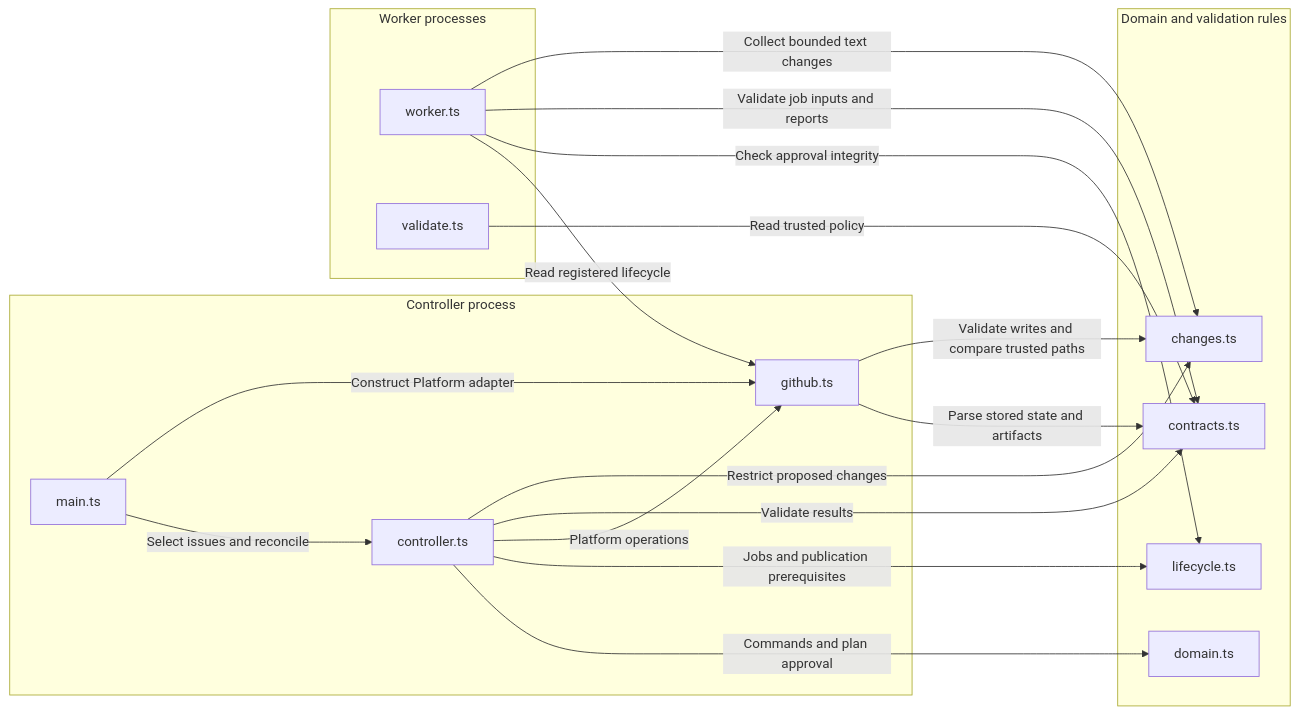
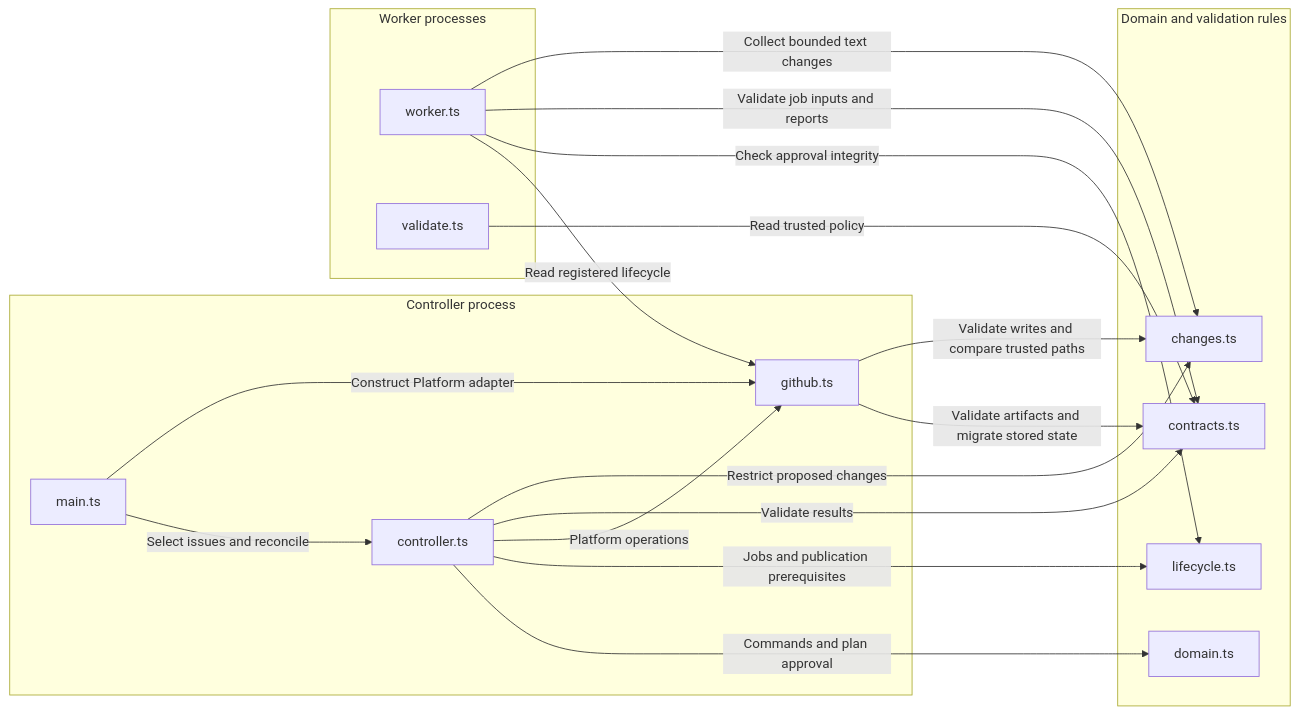
One commit to dav1dc-cs-test-org/agentic-sdlc-prototype changed the seventh of 7 diagrams in docs/architecture.md. Above: the diagram before and after it, drawn with Mermaid. The commit also changed other lines of this file and 11 other files, not shown here.

Commit message:
schema lifecycle migrations for the new spend tracking fields

````diff
--- a/docs/architecture.md
+++ b/docs/architecture.md
@@ -514,32 +526,32 @@
 ```mermaid
 flowchart LR
     subgraph ComponentControl["Controller process"]
         ComponentMain["main.ts"]
         ComponentController["controller.ts"]
         ComponentGitHub["github.ts"]
     end
     subgraph ComponentRules["Domain and validation rules"]
         ComponentDomain["domain.ts"]
         ComponentLifecycle["lifecycle.ts"]
         ComponentContracts["contracts.ts"]
         ComponentChanges["changes.ts"]
     end
     subgraph ComponentExecution["Worker processes"]
         ComponentWorker["worker.ts"]
         ComponentValidate["validate.ts"]
     end
     ComponentMain -->|"Select issues and reconcile"| ComponentController
     ComponentMain -->|"Construct Platform adapter"| ComponentGitHub
     ComponentController -->|"Commands and plan approval"| ComponentDomain
     ComponentController -->|"Jobs and publication prerequisites"| ComponentLifecycle
     ComponentController -->|"Platform operations"| ComponentGitHub
     ComponentController -->|"Validate results"| ComponentContracts
     ComponentController -->|"Restrict proposed changes"| ComponentChanges
-    ComponentGitHub -->|"Parse stored state and artifacts"| ComponentContracts
+    ComponentGitHub -->|"Validate artifacts and migrate stored state"| ComponentContracts
     ComponentGitHub -->|"Validate writes and compare trusted paths"| ComponentChanges
     ComponentWorker -->|"Read registered lifecycle"| ComponentGitHub
     ComponentWorker -->|"Check approval integrity"| ComponentLifecycle
     ComponentWorker -->|"Validate job inputs and reports"| ComponentContracts
     ComponentWorker -->|"Collect bounded text changes"| ComponentChanges
     ComponentValidate -->|"Read trusted policy"| ComponentContracts
 ```
````
